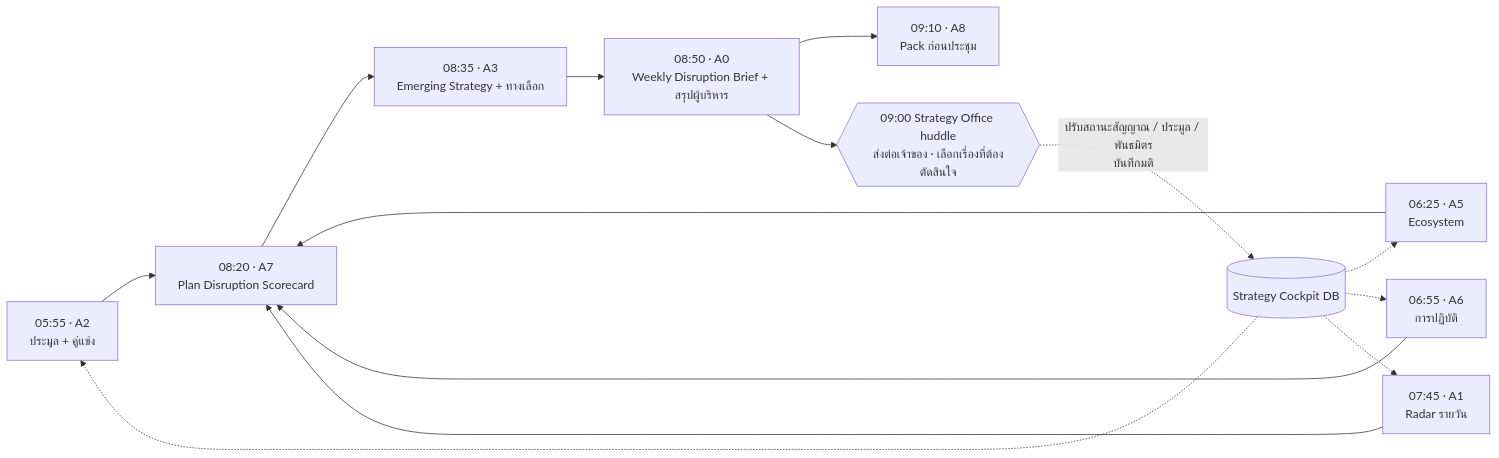
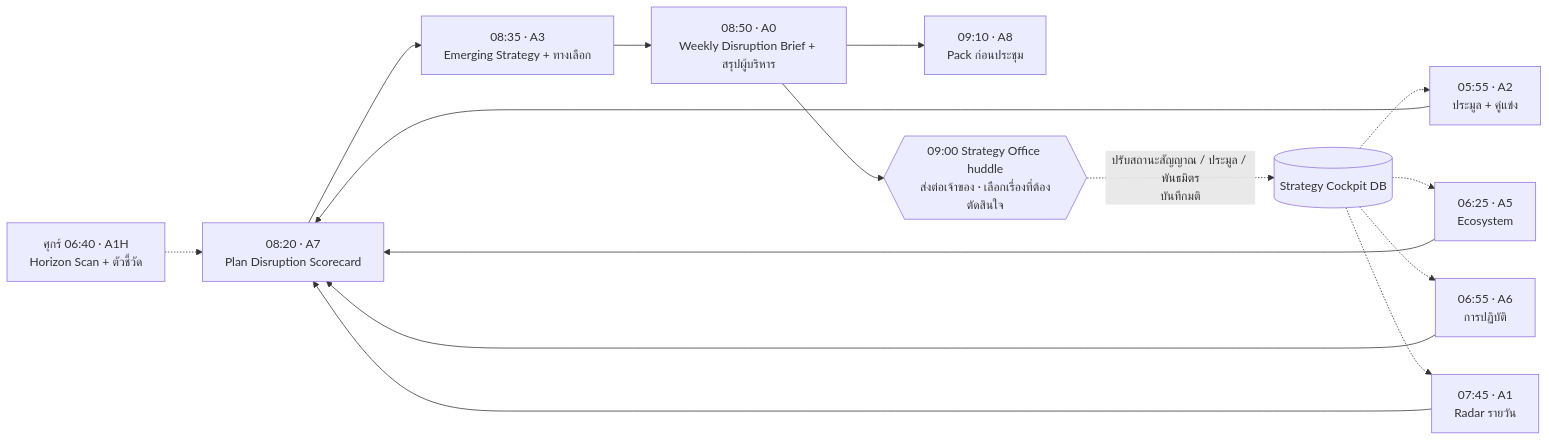
One commit to jinnaphas/strategy changed the diagram in knowledge-base/03-weekly-disruption-cycle.md. Above: the diagram before and after it, drawn with Mermaid. The commit also changed other lines of this file and 10 other files, not shown here.

First line of the commit message:
Widen Strategy Radar coverage and add weekly Horizon Scan (A1H)

````diff
--- a/knowledge-base/03-weekly-disruption-cycle.md
+++ b/knowledge-base/03-weekly-disruption-cycle.md
@@ -23,13 +23,14 @@
 ```mermaid
 flowchart LR
+    A1H["ศุกร์ 06:40 · A1H<br/>Horizon Scan + ตัวชี้วัด"] -.-> A7
     A2["05:55 · A2<br/>ประมูล + คู่แข่ง"] --> A7
     A5["06:25 · A5<br/>Ecosystem"] --> A7
     A6["06:55 · A6<br/>การปฏิบัติ"] --> A7
     A1["07:45 · A1<br/>Radar รายวัน"] --> A7
     A7["08:20 · A7<br/>Plan Disruption Scorecard"] --> A3["08:35 · A3<br/>Emerging Strategy + ทางเลือก"]
     A3 --> A0["08:50 · A0<br/>Weekly Disruption Brief + สรุปผู้บริหาร"]
     A0 --> A8["09:10 · A8<br/>Pack ก่อนประชุม"]
     A0 --> H{{"09:00 Strategy Office huddle<br/>ส่งต่อเจ้าของ · เลือกเรื่องที่ต้องตัดสินใจ"}}
     H -. "ปรับสถานะสัญญาณ / ประมูล / พันธมิตร<br/>บันทึกมติ" .-> DB[("Strategy Cockpit DB")]
     DB -.-> A2 & A5 & A6 & A1
 ```
````
